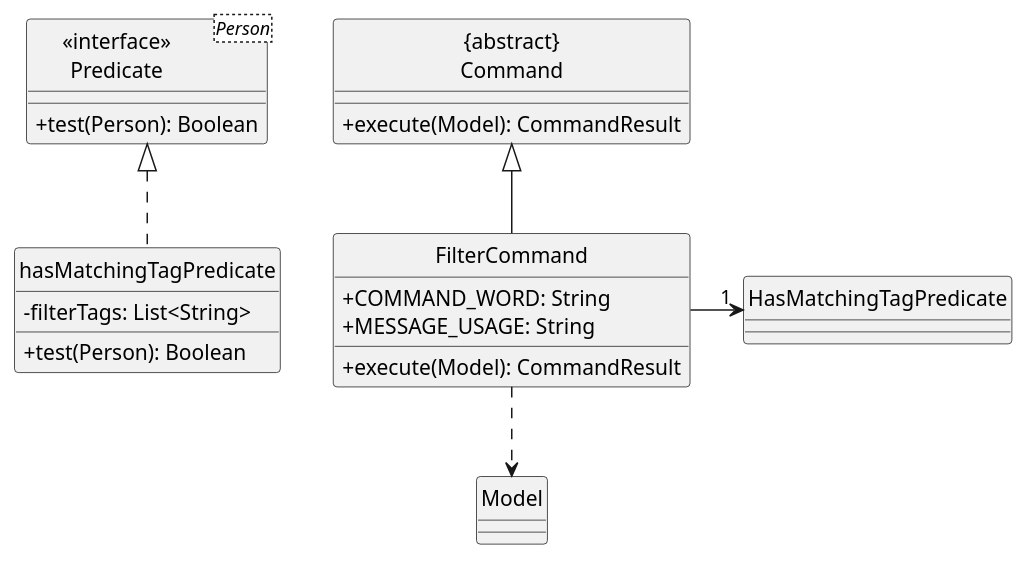
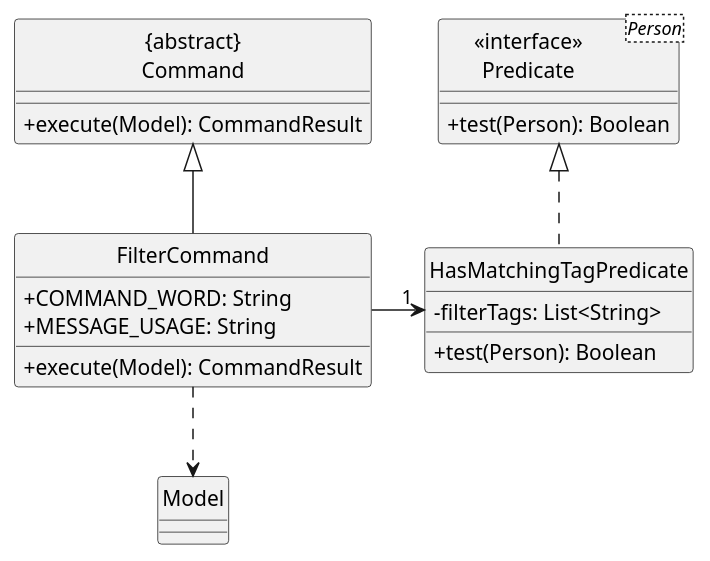
One commit to KSSWSept20/tp changed the diagram in docs/diagrams/FilterCommandClass.puml. Above: the diagram before and after it, drawn with PlantUML.

```diff
--- a/docs/diagrams/FilterCommandClass.puml
+++ b/docs/diagrams/FilterCommandClass.puml
@@ -1,27 +1,27 @@
 @startuml
 hide circle
 skinparam classAttributeIconSize 0
 
 Class "{abstract}\nCommand" as Command {
   +execute(Model): CommandResult
 }
 Class FilterCommand {
   +COMMAND_WORD: String
   +MESSAGE_USAGE: String
   +execute(Model): CommandResult
 }
-Class hasMatchingTagPredicate {
+Class HasMatchingTagPredicate {
   -filterTags: List<String>
   +test(Person): Boolean
 }
 Class "<<interface>>\nPredicate<Person>" as Predicate {
   +test(Person): Boolean
 }
 Class Model
 
 FilterCommand -up-|> Command
 FilterCommand -> "1" HasMatchingTagPredicate
 FilterCommand .down.> Model
-hasMatchingTagPredicate .up.|> Predicate
+HasMatchingTagPredicate .up.|> Predicate
 
 @enduml
```
